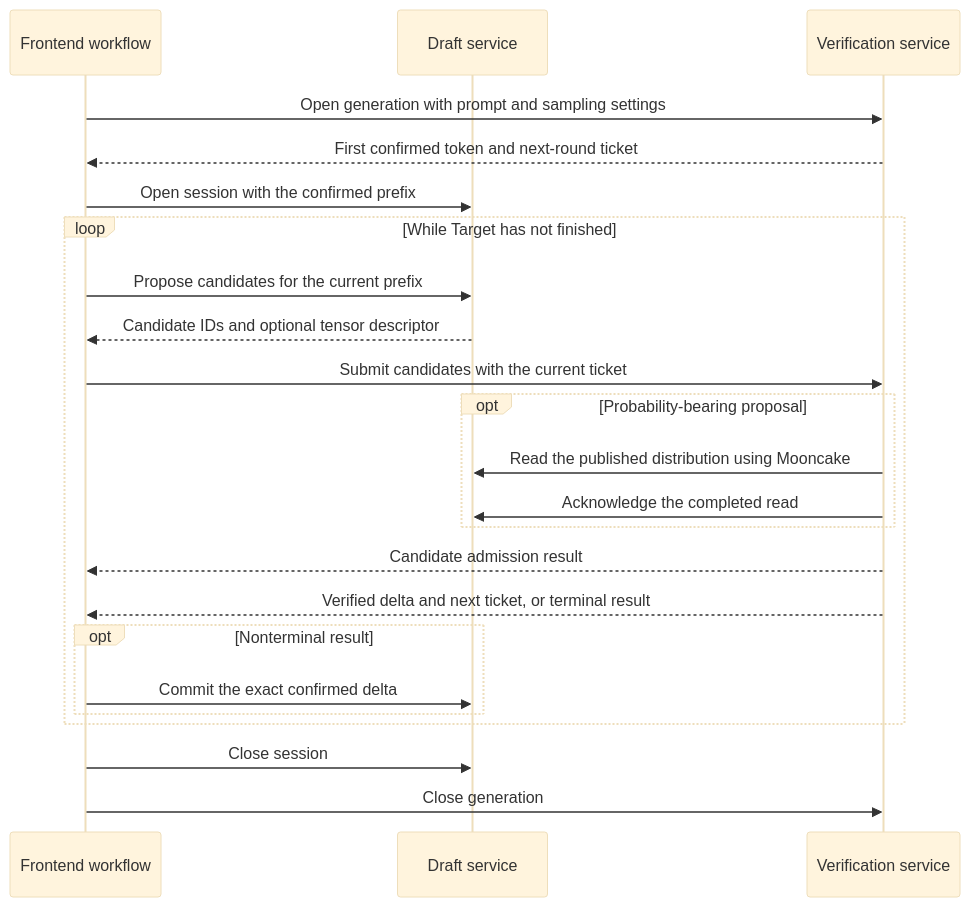
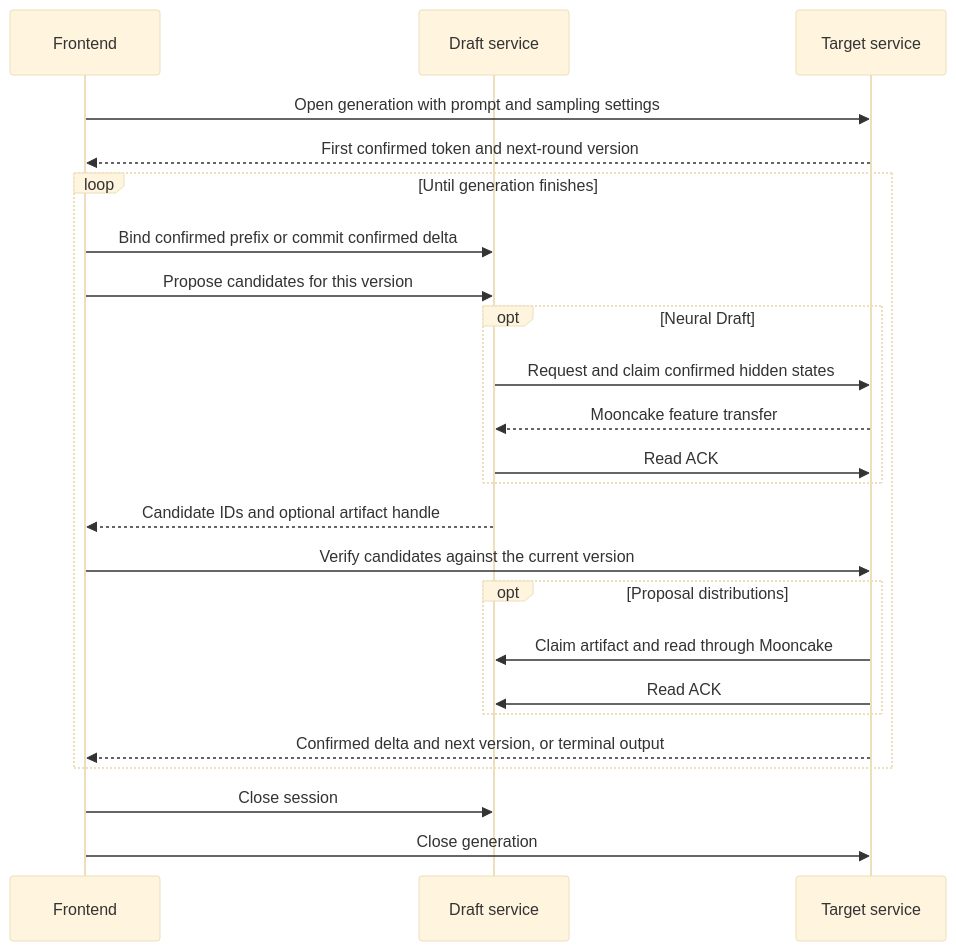
The diagram in docs/proposals/draft-target-disaggregation.md (shiweijiezero/foretoken), drawn with Mermaid (base theme) before and after one commit. The commit also changed other lines of this file and 47 other files, not shown here.

Commit message:
feat(dt): add per-round scheduling and neural Draft support

````diff
--- a/docs/proposals/draft-target-disaggregation.md
+++ b/docs/proposals/draft-target-disaggregation.md
@@ -144,25 +86,26 @@
 ```mermaid
 sequenceDiagram
-    participant F as Frontend workflow
+    participant F as Frontend
     participant D as Draft service
-    participant T as Verification service
+    participant T as Target service
     F->>T: Open generation with prompt and sampling settings
-    T-->>F: First confirmed token and next-round ticket
-    F->>D: Open session with the confirmed prefix
-    loop While Target has not finished
-        F->>D: Propose candidates for the current prefix
-        D-->>F: Candidate IDs and optional tensor descriptor
-        F->>T: Submit candidates with the current ticket
-        opt Probability-bearing proposal
-            T->>D: Read the published distribution using Mooncake
-            T->>D: Acknowledge the completed read
+    T-->>F: First confirmed token and next-round version
+    loop Until generation finishes
+        F->>D: Bind confirmed prefix or commit confirmed delta
+        F->>D: Propose candidates for this version
+        opt Neural Draft
+            D->>T: Request and claim confirmed hidden states
+            T-->>D: Mooncake feature transfer
+            D->>T: Read ACK
         end
-        T-->>F: Candidate admission result
-        T-->>F: Verified delta and next ticket, or terminal result
-        opt Nonterminal result
-            F->>D: Commit the exact confirmed delta
+        D-->>F: Candidate IDs and optional artifact handle
+        F->>T: Verify candidates against the current version
+        opt Proposal distributions
+            T->>D: Claim artifact and read through Mooncake
+            T->>D: Read ACK
         end
+        T-->>F: Confirmed delta and next version, or terminal output
     end
     F->>D: Close session
     F->>T: Close generation
 ```
````
